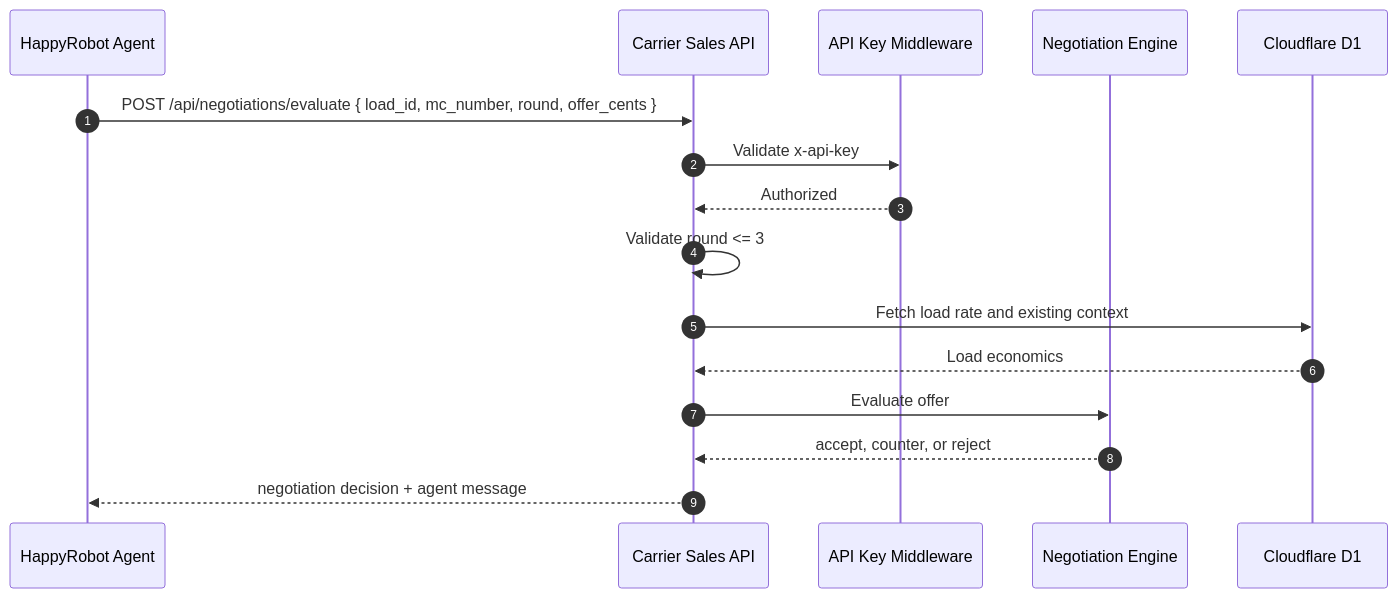
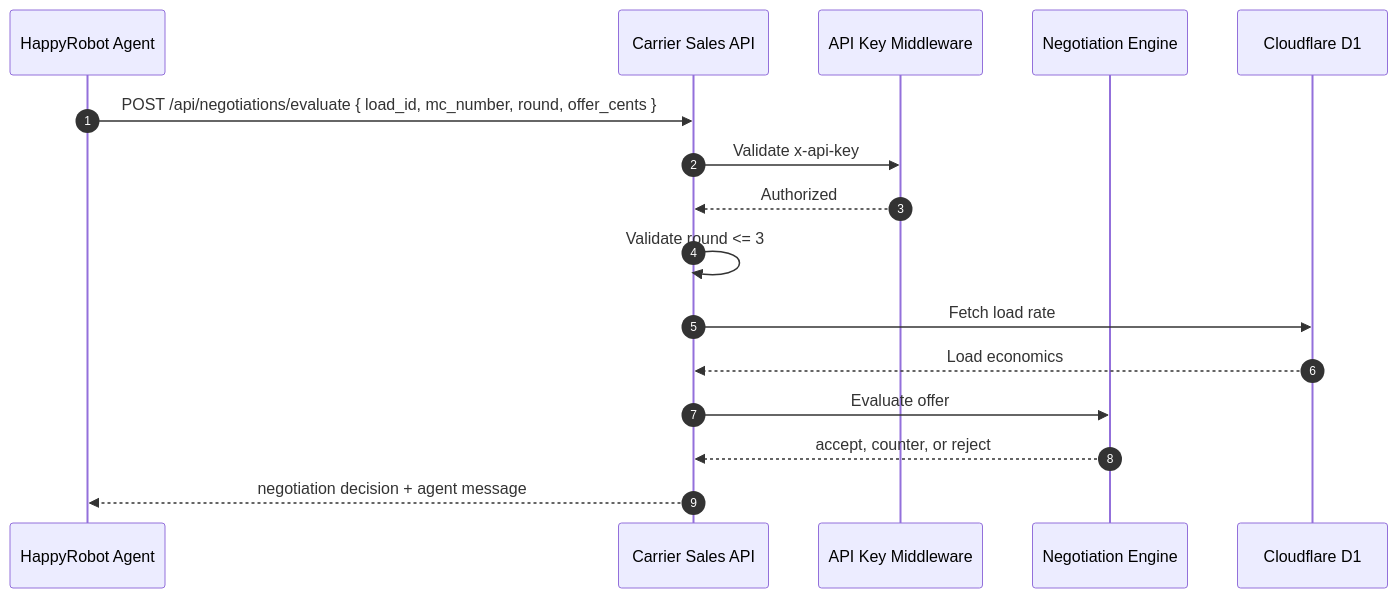
The fourth of 6 diagrams in docs/api/sequences.md (haactech/happy-robot-challenge), drawn with Mermaid before and after one commit. The commit also changed other lines of this file and 4 other files, not shown here.

````diff
--- a/docs/api/sequences.md
+++ b/docs/api/sequences.md
@@ -136,19 +136,19 @@
 ```mermaid
 sequenceDiagram
     autonumber
     participant HR as HappyRobot Agent
     participant API as Carrier Sales API
     participant Auth as API Key Middleware
     participant Engine as Negotiation Engine
     participant DB as Cloudflare D1
 
     HR->>API: POST /api/negotiations/evaluate { load_id, mc_number, round, offer_cents }
     API->>Auth: Validate x-api-key
     Auth-->>API: Authorized
     API->>API: Validate round <= 3
-    API->>DB: Fetch load rate and existing context
+    API->>DB: Fetch load rate
     DB-->>API: Load economics
     API->>Engine: Evaluate offer
     Engine-->>API: accept, counter, or reject
     API-->>HR: negotiation decision + agent message
 ```
````
